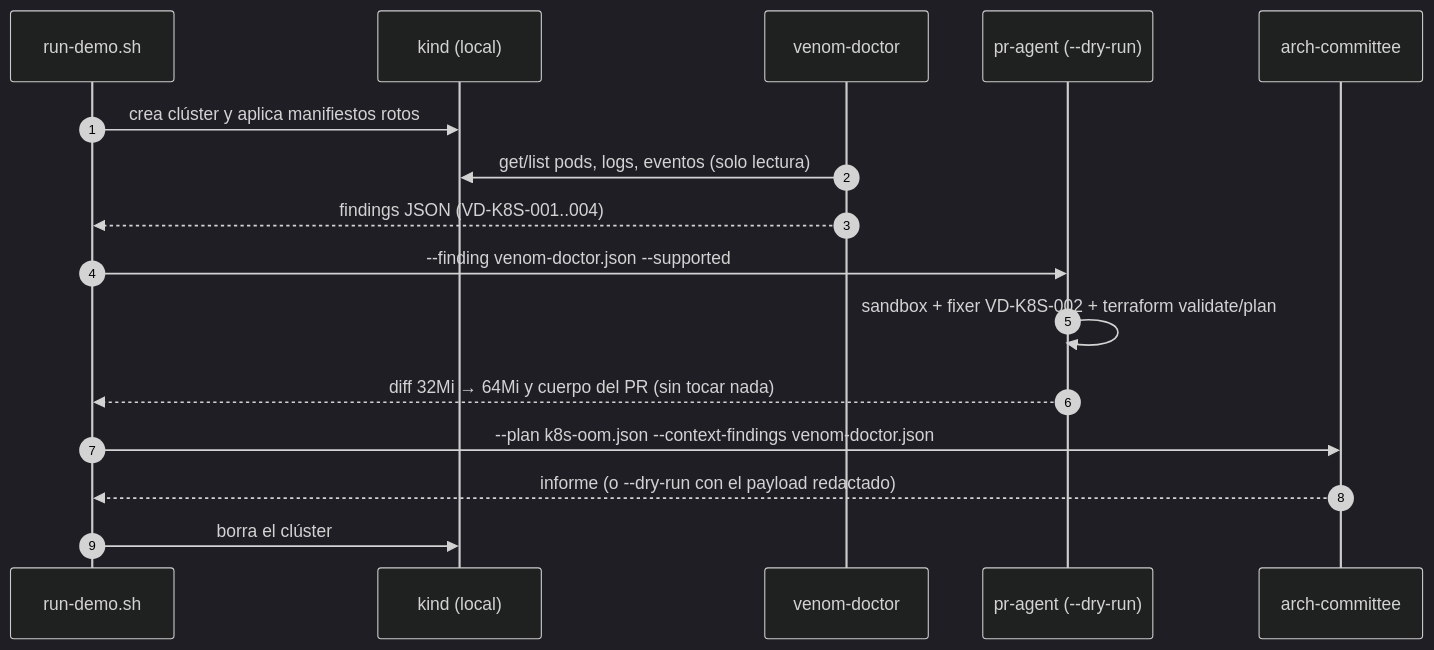
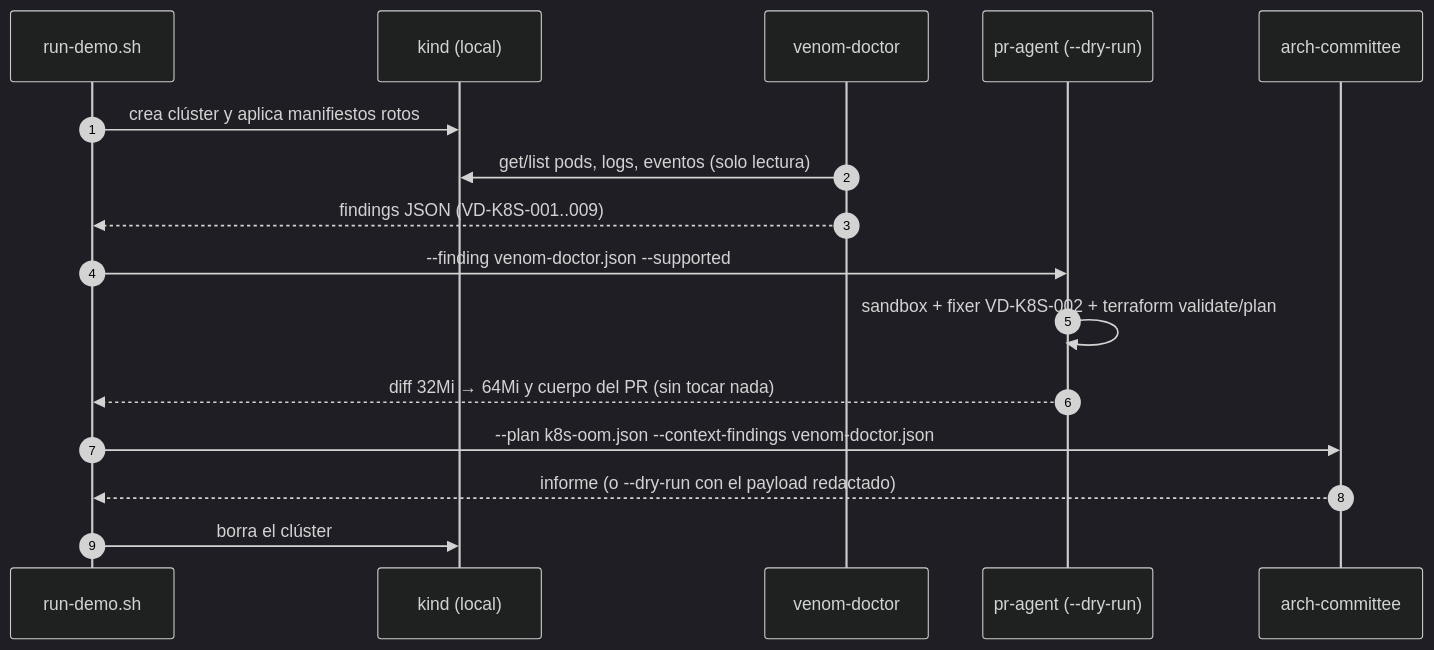
One commit to CloudVipers/VenomOps changed the second of 2 diagrams in docs/arquitectura.md. Above: the diagram before and after it, drawn with Mermaid (dark theme). The commit also changed other lines of this file and 32 other files, not shown here.

````diff
--- a/docs/arquitectura.md
+++ b/docs/arquitectura.md
@@ -43,19 +44,19 @@
 ```mermaid
 sequenceDiagram
     autonumber
     participant D as run-demo.sh
     participant K8s as kind (local)
     participant VD as venom-doctor
     participant PA as pr-agent (--dry-run)
     participant AC as arch-committee
 
     D->>K8s: crea clúster y aplica manifiestos rotos
     VD->>K8s: get/list pods, logs, eventos (solo lectura)
-    VD-->>D: findings JSON (VD-K8S-001..004)
+    VD-->>D: findings JSON (VD-K8S-001..009)
     D->>PA: --finding venom-doctor.json --supported
     PA->>PA: sandbox + fixer VD-K8S-002 + terraform validate/plan
     PA-->>D: diff 32Mi → 64Mi y cuerpo del PR (sin tocar nada)
     D->>AC: --plan k8s-oom.json --context-findings venom-doctor.json
     AC-->>D: informe (o --dry-run con el payload redactado)
     D->>K8s: borra el clúster
 ```
````
